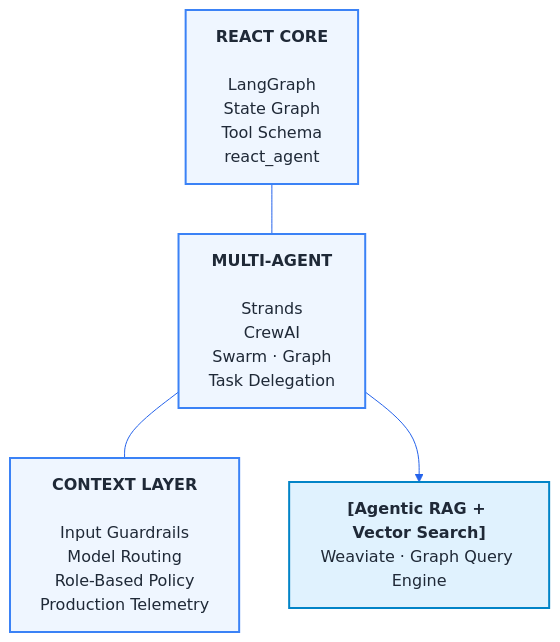
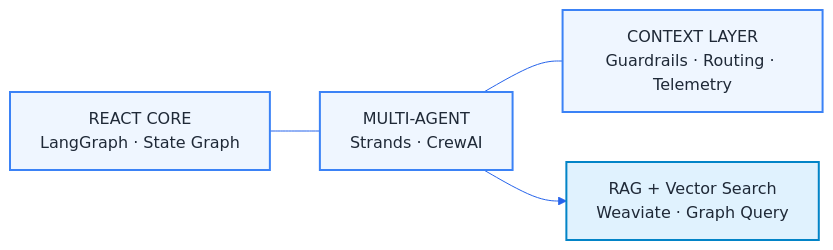
Before and after one commit to MaxwellMensah/MaxwellMensah: the first of 5 diagrams in README.md, drawn with Mermaid.

````diff
--- a/README.md
+++ b/README.md
@@ -49,27 +49,26 @@
 ```mermaid
 %%{init: {
   'theme': 'base',
   'themeVariables': {
     'primaryColor': '#eff6ff',
     'primaryTextColor': '#1f2937',
     'primaryBorderColor': '#3b82f6',
     'lineColor': '#2563eb',
     'secondaryColor': '#dbeafe',
     'tertiaryColor': '#ffffff'
   }
 }}%%
-graph TD
-    A["<b>REACT CORE</b><br/><br/>LangGraph<br/>State Graph<br/>Tool Schema<br/>react_agent"]
-    B["<b>MULTI-AGENT</b><br/><br/>Strands<br/>CrewAI<br/>Swarm · Graph<br/>Task Delegation"]
-    C["<b>CONTEXT LAYER</b><br/><br/>Input Guardrails<br/>Model Routing<br/>Role-Based Policy<br/>Production Telemetry"]
-    D["<b>[Agentic RAG + Vector Search]</b><br/>Weaviate · Graph Query Engine"]
+graph LR
+    A["REACT CORE<br/>LangGraph · State Graph"]
+    B["MULTI-AGENT<br/>Strands · CrewAI"]
+    C["CONTEXT LAYER<br/>Guardrails · Routing · Telemetry"]
+    D["RAG + Vector Search<br/>Weaviate · Graph Query"]
 
-    A --- B
-    B --- C
+    A --- B --- C
     B --> D
 
     style A fill:#eff6ff,stroke:#3b82f6,stroke-width:2px,color:#1f2937
     style B fill:#eff6ff,stroke:#3b82f6,stroke-width:2px,color:#1f2937
     style C fill:#eff6ff,stroke:#3b82f6,stroke-width:2px,color:#1f2937
     style D fill:#e0f2fe,stroke:#0284c7,stroke-width:2px,color:#1f2937
 ```
````
